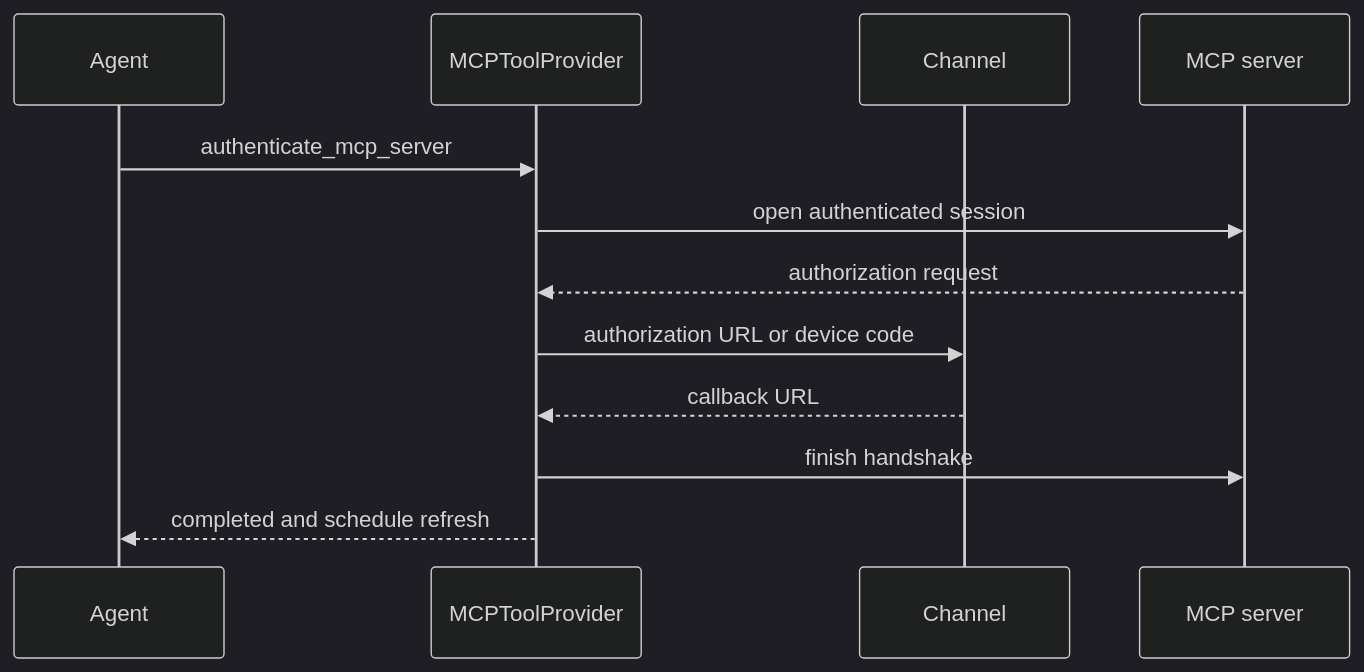
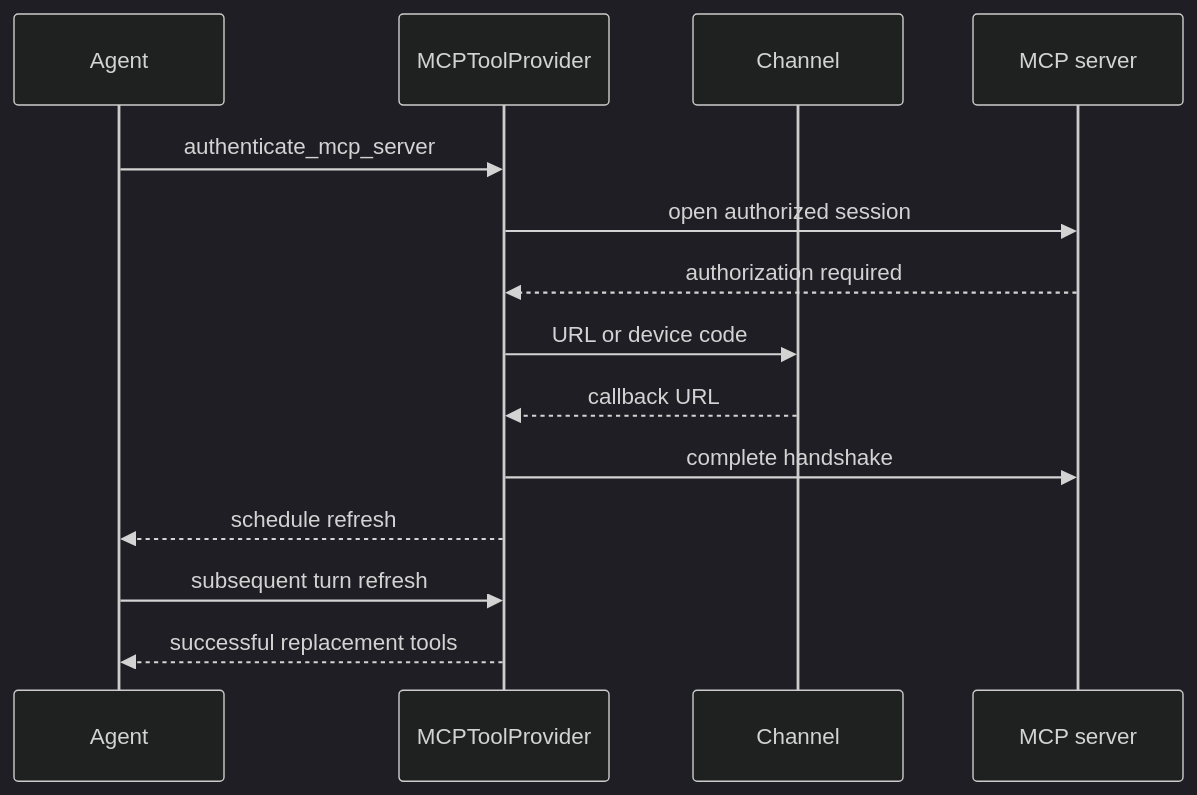
Before and after one commit to jkennedyvz/deepagents: the second of 2 diagrams in openwiki/integrations/mcp.md, drawn with Mermaid (dark theme). The commit also changed other lines of this file and 63 other files, not shown here.

````diff
--- a/openwiki/integrations/mcp.md
+++ b/openwiki/integrations/mcp.md
@@ -259,14 +197,16 @@
 ```mermaid
 sequenceDiagram
     participant Agent
     participant Provider as MCPToolProvider
     participant Channel
     participant Remote as MCP server
     Agent->>Provider: authenticate_mcp_server
-    Provider->>Remote: open authenticated session
-    Remote-->>Provider: authorization request
-    Provider->>Channel: authorization URL or device code
+    Provider->>Remote: open authorized session
+    Remote-->>Provider: authorization required
+    Provider->>Channel: URL or device code
     Channel-->>Provider: callback URL
-    Provider->>Remote: finish handshake
-    Provider-->>Agent: completed and schedule refresh
+    Provider->>Remote: complete handshake
+    Provider-->>Agent: schedule refresh
+    Agent->>Provider: subsequent turn refresh
+    Provider-->>Agent: successful replacement tools
 ```
````
